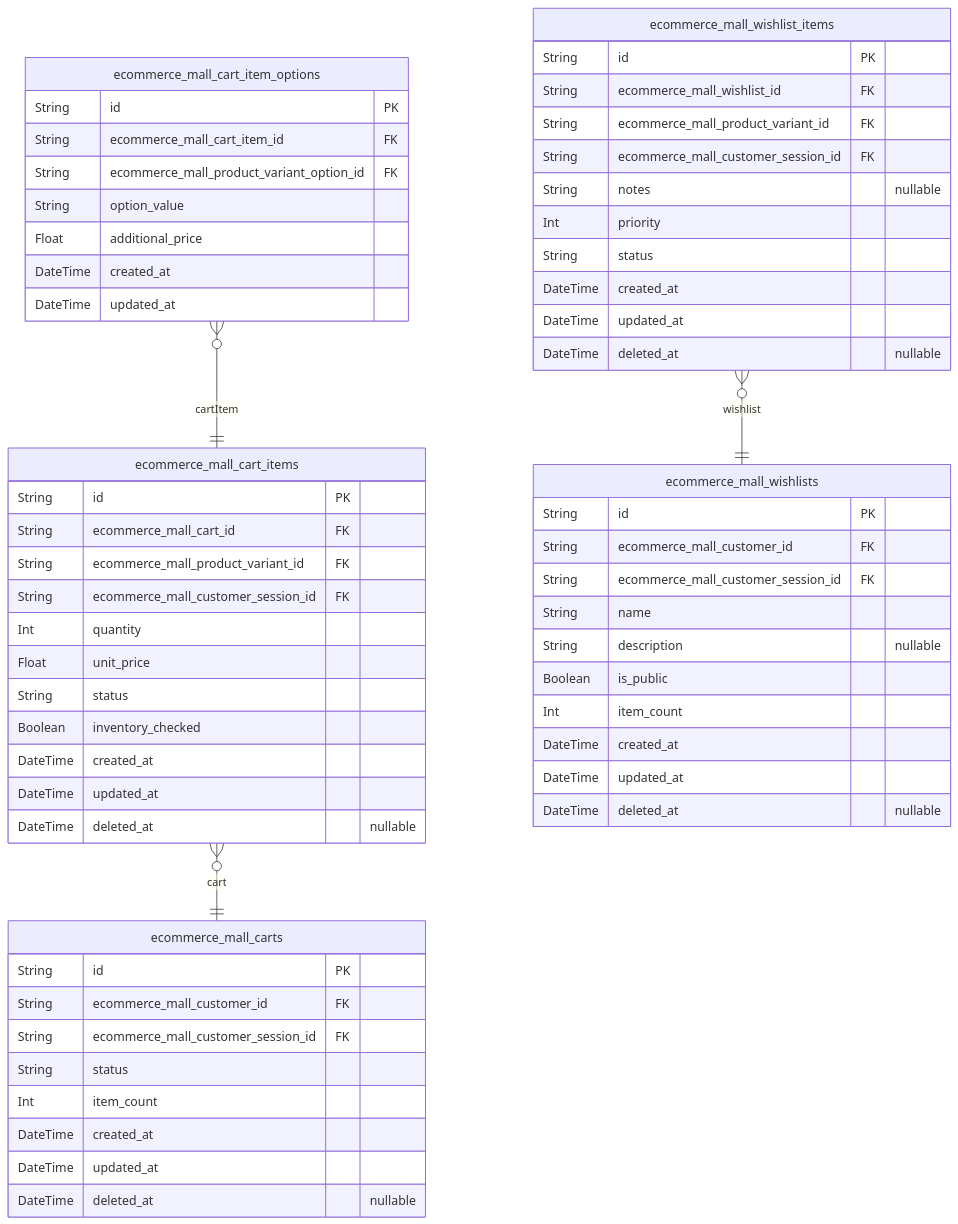
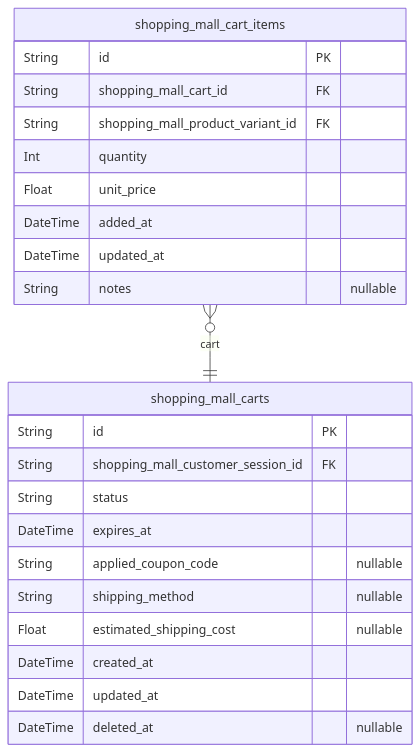
The fourth of 10 diagrams in deepseek/deepseek-v3.1-terminus-exacto/shopping/docs/ERD.md (wrtnlabs/autobe-examples), drawn with Mermaid before and after one commit. The commit also changed other lines of this file and 7173 other files, not shown here.

````diff
--- a/deepseek/deepseek-v3.1-terminus-exacto/shopping/docs/ERD.md
+++ b/deepseek/deepseek-v3.1-terminus-exacto/shopping/docs/ERD.md
@@ -939,62 +773,26 @@
 ```mermaid
 erDiagram
-"ecommerce_mall_carts" {
+"shopping_mall_carts" {
   String id PK
-  String ecommerce_mall_customer_id FK
-  String ecommerce_mall_customer_session_id FK
+  String shopping_mall_customer_session_id FK
   String status
-  Int item_count
+  DateTime expires_at
+  String applied_coupon_code "nullable"
+  String shipping_method "nullable"
+  Float estimated_shipping_cost "nullable"
   DateTime created_at
   DateTime updated_at
   DateTime deleted_at "nullable"
 }
-"ecommerce_mall_cart_items" {
+"shopping_mall_cart_items" {
   String id PK
-  String ecommerce_mall_cart_id FK
-  String ecommerce_mall_product_variant_id FK
-  String ecommerce_mall_customer_session_id FK
+  String shopping_mall_cart_id FK
+  String shopping_mall_product_variant_id FK
   Int quantity
   Float unit_price
-  String status
-  Boolean inventory_checked
-  DateTime created_at
+  DateTime added_at
   DateTime updated_at
-  DateTime deleted_at "nullable"
+  String notes "nullable"
 }
-"ecommerce_mall_cart_item_options" {
-  String id PK
-  String ecommerce_mall_cart_item_id FK
-  String ecommerce_mall_product_variant_option_id FK
-  String option_value
-  Float additional_price
-  DateTime created_at
-  DateTime updated_at
-}
-"ecommerce_mall_wishlists" {
-  String id PK
-  String ecommerce_mall_customer_id FK
-  String ecommerce_mall_customer_session_id FK
-  String name
-  String description "nullable"
-  Boolean is_public
-  Int item_count
-  DateTime created_at
-  DateTime updated_at
-  DateTime deleted_at "nullable"
-}
-"ecommerce_mall_wishlist_items" {
-  String id PK
-  String ecommerce_mall_wishlist_id FK
-  String ecommerce_mall_product_variant_id FK
-  String ecommerce_mall_customer_session_id FK
-  String notes "nullable"
-  Int priority
-  String status
-  DateTime created_at
-  DateTime updated_at
-  DateTime deleted_at "nullable"
-}
-"ecommerce_mall_cart_items" }o--|| "ecommerce_mall_carts" : cart
-"ecommerce_mall_cart_item_options" }o--|| "ecommerce_mall_cart_items" : cartItem
-"ecommerce_mall_wishlist_items" }o--|| "ecommerce_mall_wishlists" : wishlist
+"shopping_mall_cart_items" }o--|| "shopping_mall_carts" : cart
 ```
````
